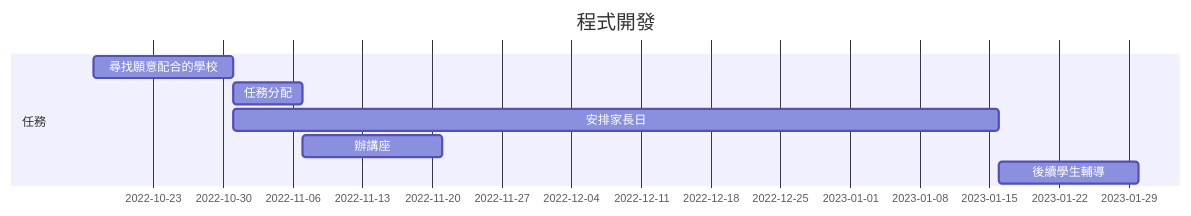
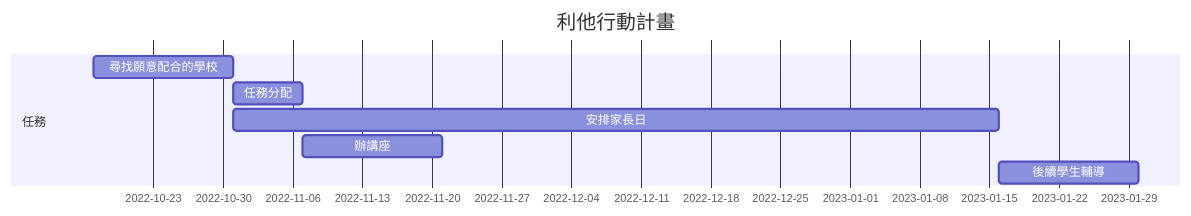
The diagram in date.md (mark13578/2022-sasd), drawn with Mermaid before and after one commit. The commit also changed other lines of this file, not shown here.

````diff
--- a/date.md
+++ b/date.md
@@ -3,12 +3,12 @@
 ```mermaid
 gantt
-    title 程式開發
+    title 利他行動計畫
     
     section 任務
     尋找願意配合的學校:a1, 2022-10-17,14d
     任務分配:a2, after a1,7d
     安排家長日:a3, after a1,77d
     辦講座:a4, after a2,14d
     後續學生輔導:a5, after a3,14d
     
 ```
````
